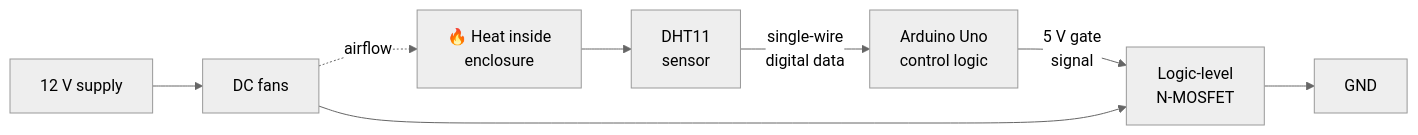
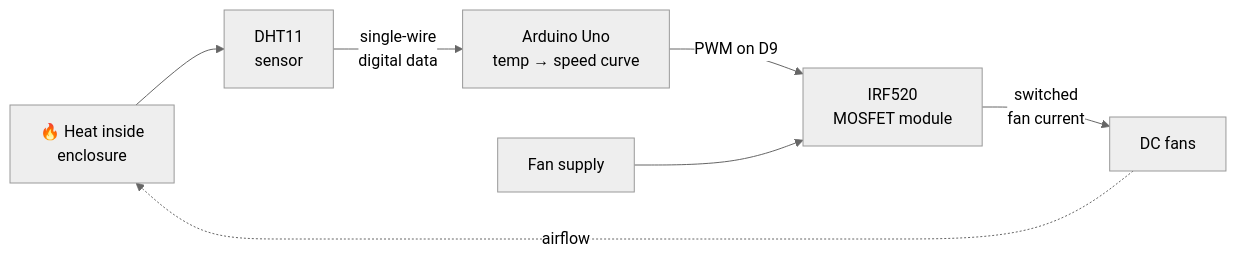
One commit to JaberElectro/GPU-Thermal-Management changed the first of 2 diagrams in README.md. Above: the diagram before and after it, drawn with Mermaid (neutral theme). The commit also changed other lines of this file and 9 other files, not shown here.

Commit message:
Document the actual build: DHT11 + IRF520 module with PWM fan speed control

````diff
--- a/README.md
+++ b/README.md
@@ -32,10 +33,9 @@
 ```mermaid
 flowchart LR
     A[🔥 Heat inside<br/>enclosure] --> B[DHT11<br/>sensor]
-    B -- single-wire<br/>digital data --> C[Arduino Uno<br/>control logic]
-    C -- 5 V gate<br/>signal --> D[Logic-level<br/>N-MOSFET]
-    E[12 V supply] --> F[DC fans]
-    F --> D
-    D --> G[GND]
+    B -- single-wire<br/>digital data --> C[Arduino Uno<br/>temp → speed curve]
+    C -- PWM on D9 --> D[IRF520<br/>MOSFET module]
+    E[Fan supply] --> D
+    D -- switched<br/>fan current --> F[DC fans]
     F -. airflow .-> A
 ```
````
